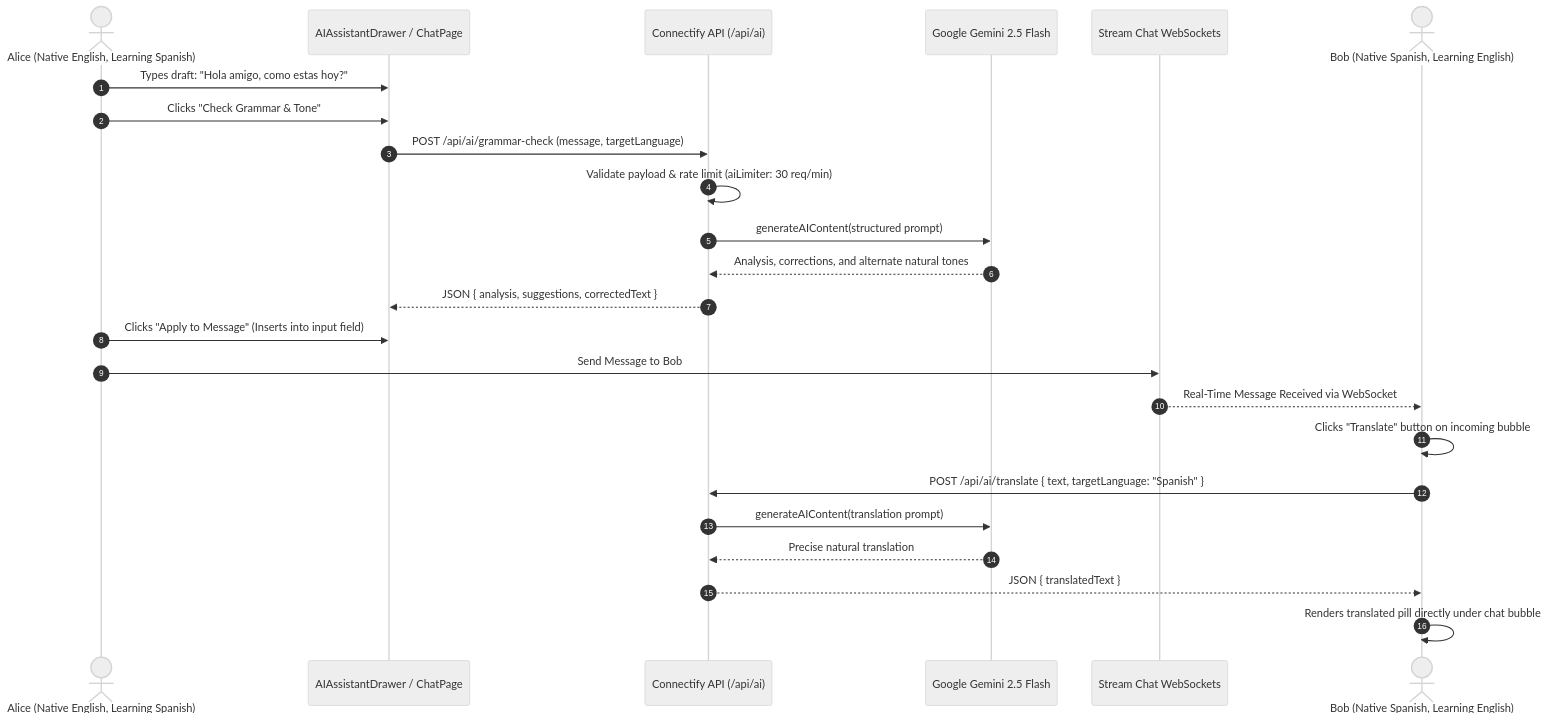
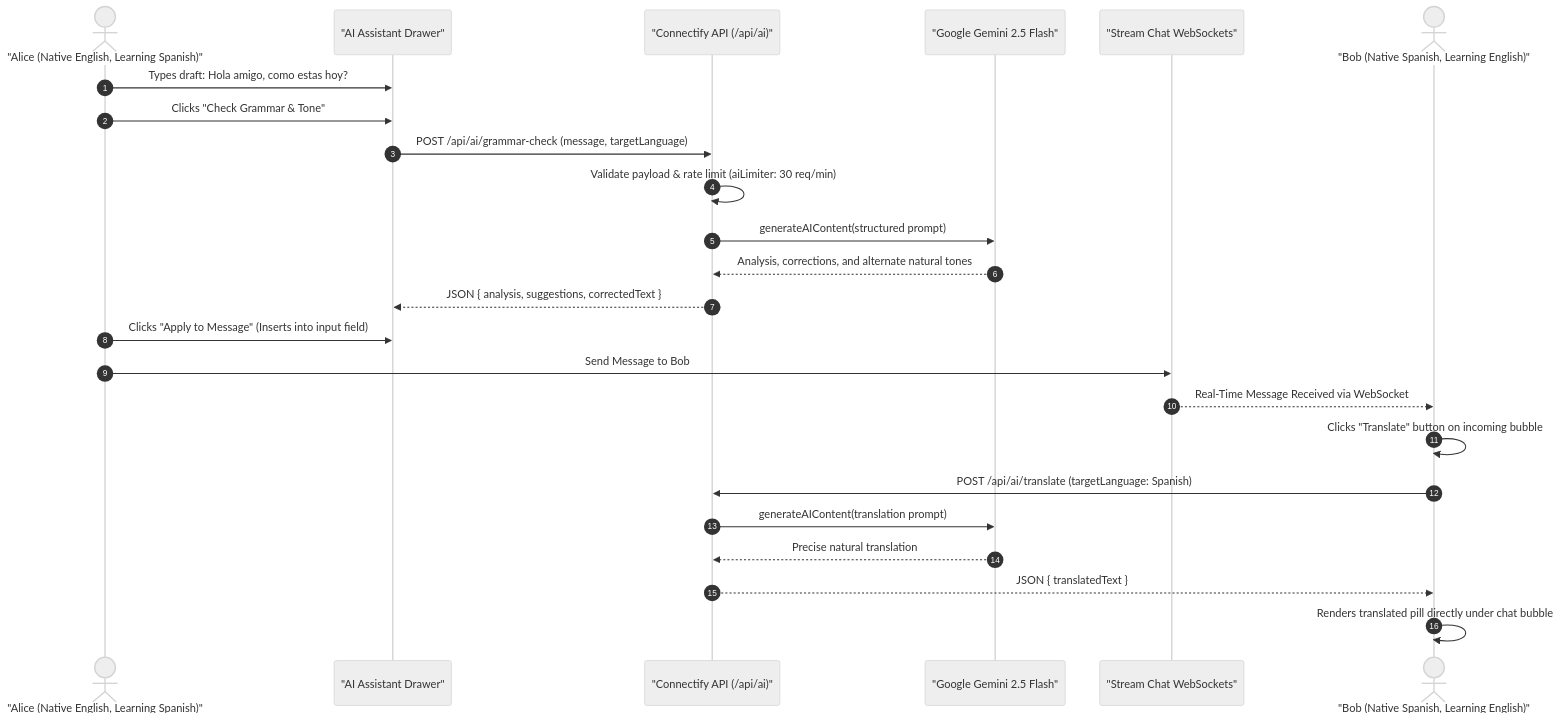
The third of 5 diagrams in README.md (Satyam6201/Connectify), drawn with Mermaid (neutral theme) before and after one commit. The commit also changed other lines of this file, not shown here.

Commit message:
fix high-level architecture mermaid diagram

````diff
--- a/README.md
+++ b/README.md
@@ -169,28 +221,28 @@
 ```mermaid
 sequenceDiagram
     autonumber
-    actor Alice as Alice (Native English, Learning Spanish)
-    participant ChatDrawer as AIAssistantDrawer / ChatPage
-    participant Backend as Connectify API (/api/ai)
-    participant Gemini as Google Gemini 2.5 Flash
-    participant StreamWS as Stream Chat WebSockets
-    actor Bob as Bob (Native Spanish, Learning English)
+    actor Alice as "Alice (Native English, Learning Spanish)"
+    participant ChatDrawer as "AI Assistant Drawer"
+    participant Backend as "Connectify API (/api/ai)"
+    participant Gemini as "Google Gemini 2.5 Flash"
+    participant StreamWS as "Stream Chat WebSockets"
+    actor Bob as "Bob (Native Spanish, Learning English)"
 
-    Alice->>ChatDrawer: Types draft: "Hola amigo, como estas hoy?"
+    Alice->>ChatDrawer: Types draft: Hola amigo, como estas hoy?
     Alice->>ChatDrawer: Clicks "Check Grammar & Tone"
     ChatDrawer->>Backend: POST /api/ai/grammar-check (message, targetLanguage)
     Backend->>Backend: Validate payload & rate limit (aiLimiter: 30 req/min)
     Backend->>Gemini: generateAIContent(structured prompt)
     Gemini-->>Backend: Analysis, corrections, and alternate natural tones
     Backend-->>ChatDrawer: JSON { analysis, suggestions, correctedText }
     Alice->>ChatDrawer: Clicks "Apply to Message" (Inserts into input field)
 
     Alice->>StreamWS: Send Message to Bob
     StreamWS-->>Bob: Real-Time Message Received via WebSocket
     Bob->>Bob: Clicks "Translate" button on incoming bubble
-    Bob->>Backend: POST /api/ai/translate { text, targetLanguage: "Spanish" }
+    Bob->>Backend: POST /api/ai/translate (targetLanguage: Spanish)
     Backend->>Gemini: generateAIContent(translation prompt)
     Gemini-->>Backend: Precise natural translation
     Backend-->>Bob: JSON { translatedText }
     Bob->>Bob: Renders translated pill directly under chat bubble
 ```
````
